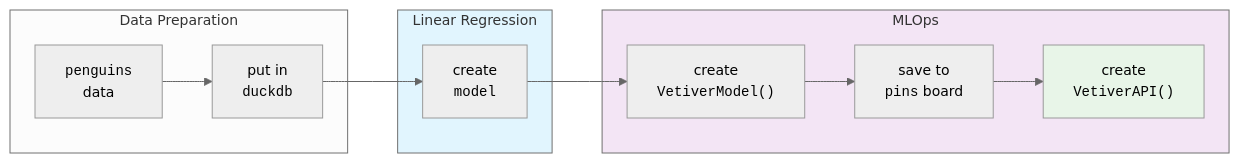
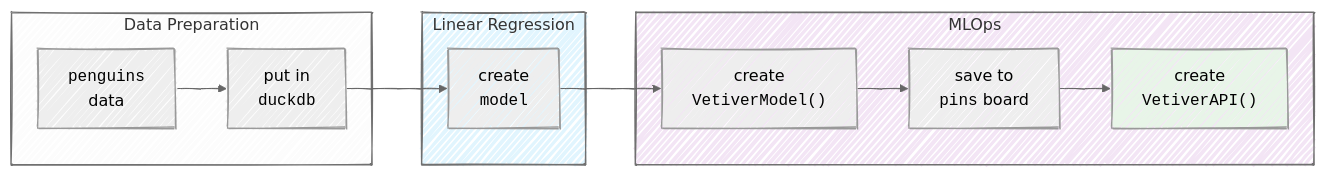
The second of 2 diagrams in lab3.qmd (mjfrigaard/do4ds-labs), drawn with Mermaid before and after one commit. The commit also changed other lines of this file and 5 other files, not shown here.

Commit message:
updates to mermaid diagrams

````diff
--- a/lab3.qmd
+++ b/lab3.qmd
@@ -74,25 +74,25 @@
 ```{mermaid}
 %%| fig-cap: 'Our pipeline'
 %%| fig-align: center
-%%{init: {'theme': 'neutral', 'themeVariables': { 'fontFamily': 'monospace', "fontSize":"14px"}}}%%
+%%{init: {'theme': 'neutral', 'look': 'handDrawn', 'themeVariables': { 'fontFamily': 'monospace', "fontSize":"16px"}}}%%
 graph LR
     subgraph DataPrep["Data Preparation"]
         Penguins["<code>penguins</code><br>data"] --> DuckDB["put in<br><code>duckdb</code>"]
         DuckDB
     end
     
     subgraph ModTrain["Linear Regression"]
         DuckDB --> LinReg["create<br><code>model</code>"]
         LinReg
     end
     
     subgraph MLOps["MLOps"]
         LinReg --> VetMod["create<br><code>VetiverModel()</code>"]
         VetMod --> Pins["save to<br><code>pins</code> board"]
         Pins --> VetAPI["create<br><code>VetiverAPI()</code>"]
     end
     
     style ModTrain fill:#e1f5fe
     style MLOps fill:#f3e5f5
     style VetAPI fill:#e8f5e8
 ```
````
